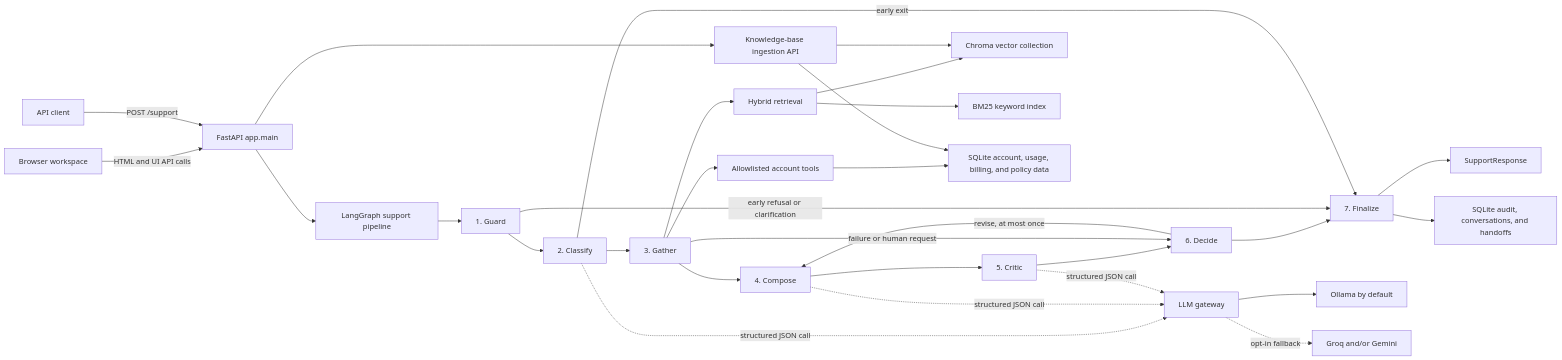
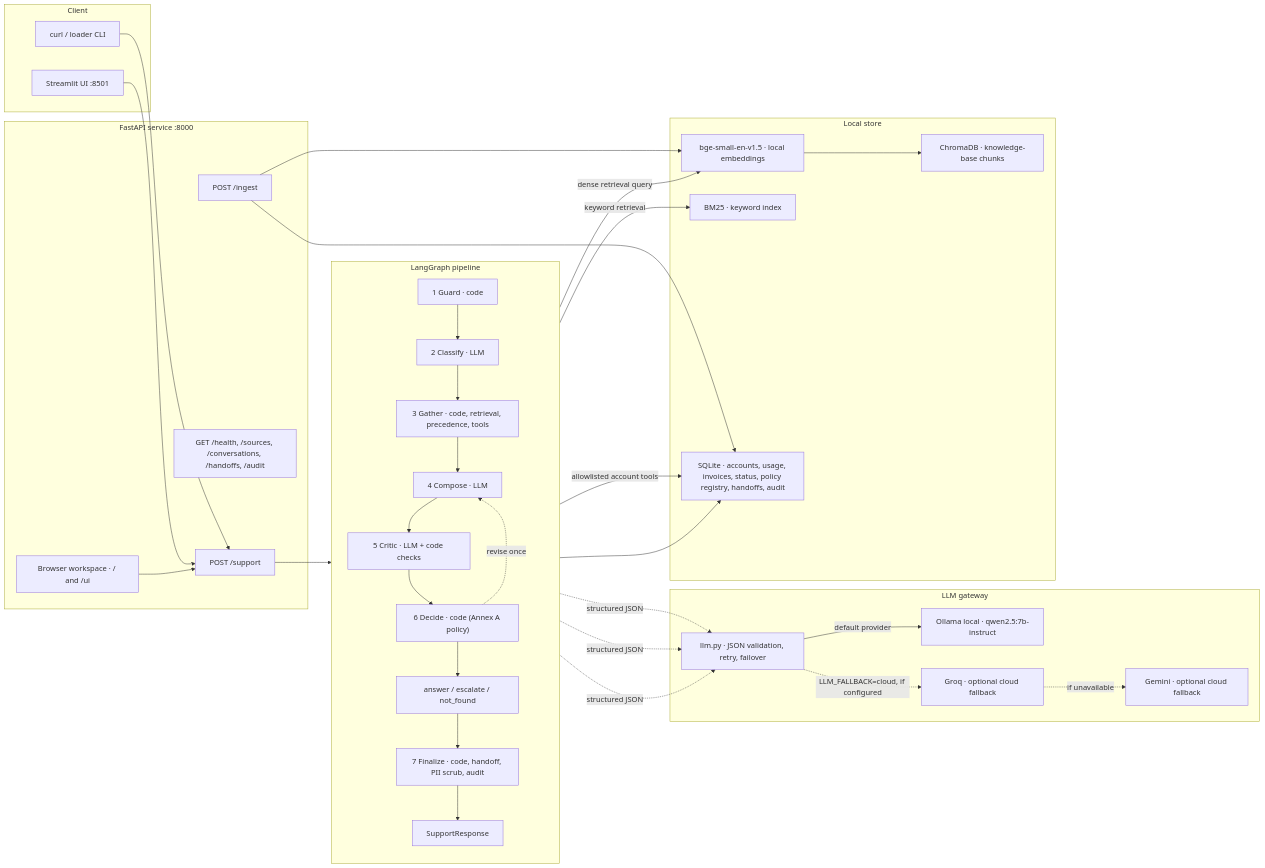
Before and after one commit to capturedbykaran/HackHolics: the diagram in README.md, drawn with Mermaid.

Commit message:
docs: update architecture diagram

````diff
--- a/README.md
+++ b/README.md
@@ -39,36 +39,59 @@
 ```mermaid
 flowchart LR
-    Browser["Browser workspace"] -->|HTML and UI API calls| API["FastAPI app.main"]
-    Client["API client"] -->|POST /support| API
-    API --> Graph["LangGraph support pipeline"]
+    subgraph Client["Client"]
+        CLI["curl / loader CLI"]
+        Streamlit["Streamlit UI :8501"]
+    end
 
-    Graph --> Guard["1. Guard"]
-    Guard --> Classify["2. Classify"]
-    Classify --> Gather["3. Gather"]
-    Gather --> Compose["4. Compose"]
-    Compose --> Critic["5. Critic"]
-    Critic --> Decide["6. Decide"]
-    Decide -->|revise, at most once| Compose
-    Decide --> Finalize["7. Finalize"]
-    Guard -->|early refusal or clarification| Finalize
-    Classify -->|early exit| Finalize
-    Gather -->|failure or human request| Decide
-    Finalize --> Response["SupportResponse"]
+    subgraph Service["FastAPI service :8000"]
+        Workspace["Browser workspace · / and /ui"]
+        Support["POST /support"]
+        ReadAPI["GET /health, /sources, /conversations, /handoffs, /audit"]
+        Ingest["POST /ingest"]
+    end
 
-    Classify -. structured JSON call .-> LLM["LLM gateway"]
-    Compose -. structured JSON call .-> LLM
-    Critic -. structured JSON call .-> LLM
-    LLM --> Ollama["Ollama by default"]
-    LLM -. opt-in fallback .-> Cloud["Groq and/or Gemini"]
+    subgraph Pipeline["LangGraph pipeline"]
+        direction TB
+        Guard["1 Guard · code"] --> Classify["2 Classify · LLM"]
+        Classify --> Gather["3 Gather · code, retrieval, precedence, tools"]
+        Gather --> Compose["4 Compose · LLM"]
+        Compose --> Critic["5 Critic · LLM + code checks"]
+        Critic --> Decide["6 Decide · code (Annex A policy)"]
+        Decide --> Outcome["answer / escalate / not_found"]
+        Outcome --> Finalize["7 Finalize · code, handoff, PII scrub, audit"]
+        Decide -. revise once .-> Compose
+        Finalize --> Response["SupportResponse"]
+    end
 
-    Gather --> Retrieval["Hybrid retrieval"]
-    Retrieval --> Chroma["Chroma vector collection"]
-    Retrieval --> BM25["BM25 keyword index"]
-    Gather --> Tools["Allowlisted account tools"]
-    Tools --> SQLite["SQLite account, usage, billing, and policy data"]
-    Finalize --> Audit["SQLite audit, conversations, and handoffs"]
+    subgraph Gateway["LLM gateway"]
+        GatewayCall["llm.py · JSON validation, retry, failover"]
+        Ollama["Ollama local · qwen2.5:7b-instruct"]
+        Groq["Groq · optional cloud fallback"]
+        Gemini["Gemini · optional cloud fallback"]
+        GatewayCall -->|default provider| Ollama
+        GatewayCall -. "LLM_FALLBACK=cloud, if configured" .-> Groq
+        Groq -. "if unavailable" .-> Gemini
+    end
 
-    API --> Ingest["Knowledge-base ingestion API"]
-    Ingest --> Chroma
+    subgraph Store["Local store"]
+        Embed["bge-small-en-v1.5 · local embeddings"]
+        Chroma["ChromaDB · knowledge-base chunks"]
+        BM25["BM25 · keyword index"]
+        SQLite["SQLite · accounts, usage, invoices, status, policy registry, handoffs, audit"]
+        Embed --> Chroma
+    end
+
+    CLI --> Support
+    Streamlit --> Support
+    Workspace --> Support
+    Support --> Guard
+    Classify -. structured JSON .-> GatewayCall
+    Compose -. structured JSON .-> GatewayCall
+    Critic -. structured JSON .-> GatewayCall
+    Gather -->|dense retrieval query| Embed
+    Gather -->|keyword retrieval| BM25
+    Gather -->|allowlisted account tools| SQLite
+    Finalize --> SQLite
+    Ingest --> Embed
     Ingest --> SQLite
 ```
````
